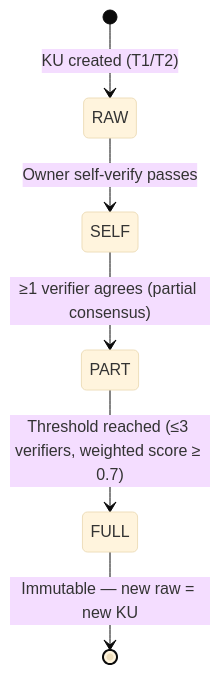
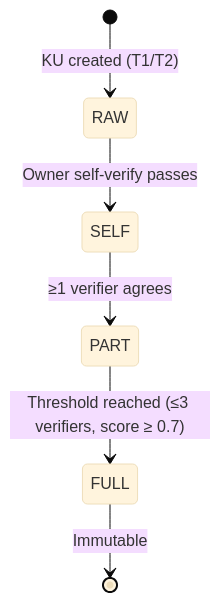
Before and after one commit to shpy2001gemi/OneBrain: the third of 3 diagrams in docs/specs/KU_ENCODING_PIPELINE.md, drawn with Mermaid (base theme). The commit also changed other lines of this file and 466 other files, not shown here.

````diff
--- a/docs/specs/KU_ENCODING_PIPELINE.md
+++ b/docs/specs/KU_ENCODING_PIPELINE.md
@@ -142,8 +422,8 @@
 ```mermaid
 stateDiagram-v2
     [*] --> RAW : KU created (T1/T2)
     RAW --> SELF : Owner self-verify passes
-    SELF --> PART : ≥1 verifier agrees (partial consensus)
-    PART --> FULL : Threshold reached (≤3 verifiers, weighted score ≥ 0.7)
-    FULL --> [*] : Immutable — new raw = new KU
+    SELF --> PART : ≥1 verifier agrees
+    PART --> FULL : Threshold reached (≤3 verifiers, score ≥ 0.7)
+    FULL --> [*] : Immutable
 ```
````
